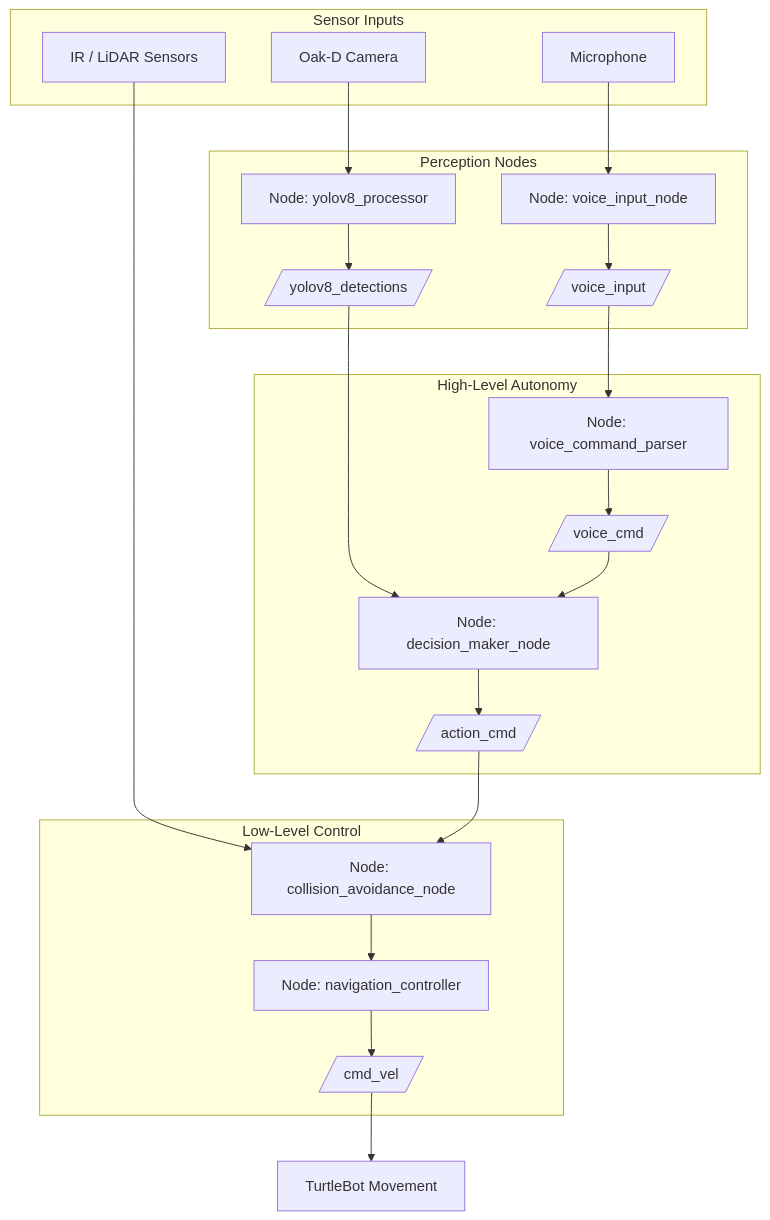
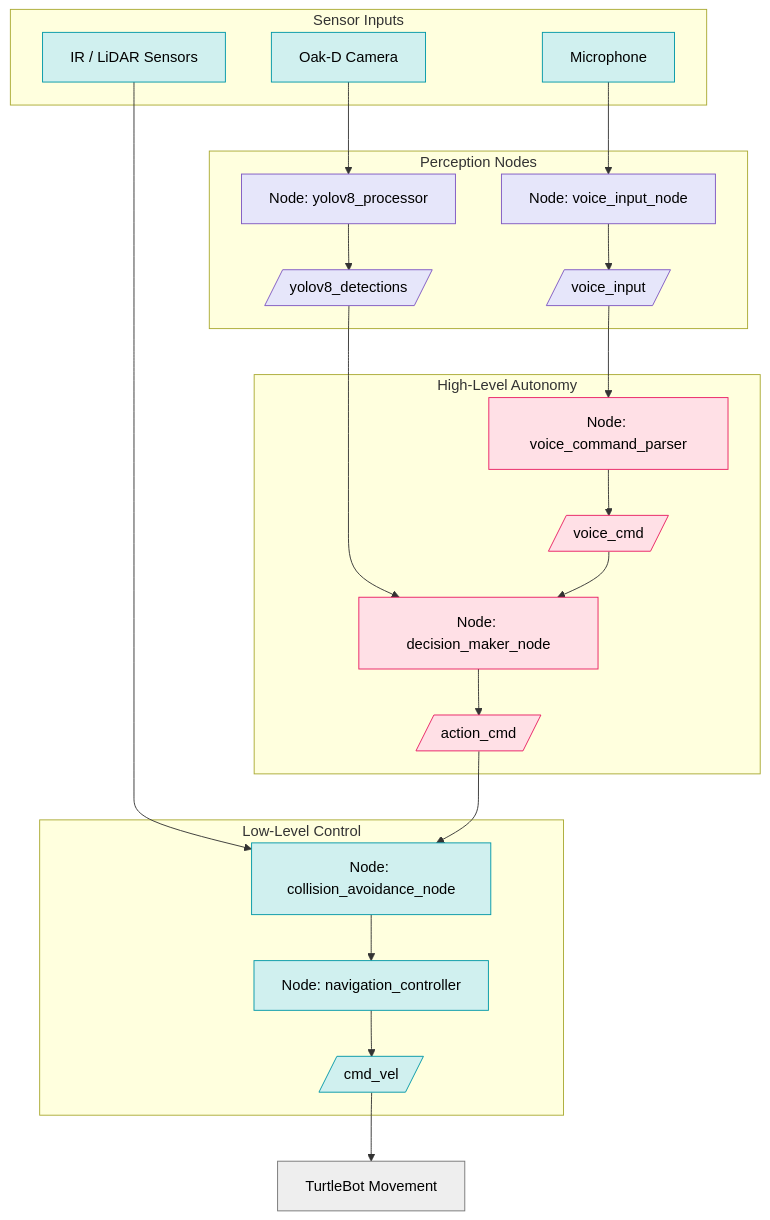
The second of 4 diagrams in docs/index.md (RAS598-2025-S-Team11/RAS598-2025-S-Team11.github.io), drawn with Mermaid before and after one commit. The commit also changed other lines of this file, not shown here.

Commit message:
added charts and discussions

````diff
--- a/docs/index.md
+++ b/docs/index.md
@@ -149,38 +229,55 @@
 ```mermaid
+%%{ init: { "theme": "default" } }%%
 graph TD
 
-  subgraph "Sensor Inputs"
+  %% Subgraphs
+  subgraph SENSORS ["Sensor Inputs"]
     CAM[Oak-D Camera]
     MIC[Microphone]
     LIDAR[IR / LiDAR Sensors]
   end
 
-  subgraph "Perception Nodes"
+  subgraph PERCEPTION ["Perception Nodes"]
     YOLO_NODE[Node: yolov8_processor]
     VOICE_NODE[Node: voice_input_node]
     DETECTIONS[/yolov8_detections/]
     VOICE_RAW[/voice_input/]
     CAM --> YOLO_NODE --> DETECTIONS
     MIC --> VOICE_NODE --> VOICE_RAW
   end
 
-  subgraph "High-Level Autonomy"
+  subgraph AUTONOMY ["High-Level Autonomy"]
     VOICE_PARSER[Node: voice_command_parser]
     VOICE_CMD[/voice_cmd/]
     DECISION[Node: decision_maker_node]
     ACT_CMD[/action_cmd/]
     VOICE_RAW --> VOICE_PARSER --> VOICE_CMD
     DETECTIONS --> DECISION
     VOICE_CMD --> DECISION --> ACT_CMD
   end
 
-  subgraph "Low-Level Control"
+  subgraph CONTROL ["Low-Level Control"]
     COLLISION[Node: collision_avoidance_node]
     NAV[Node: navigation_controller]
     CMD[/cmd_vel/]
     LIDAR --> COLLISION
     ACT_CMD --> COLLISION --> NAV --> CMD
   end
 
   CMD --> MOVE[TurtleBot Movement]
+
+  %% Color classes
+  classDef sensors fill:#d0f0ef,stroke:#0097a7,color:#000
+  classDef perception fill:#e6e6fa,stroke:#7e57c2,color:#000
+  classDef autonomy fill:#ffe0e6,stroke:#e91e63,color:#000
+  classDef control fill:#d0f0ef,stroke:#0097a7,color:#000
+  classDef output fill:#eeeeee,stroke:#757575,color:#000
+
+  %% Assign classes
+  class CAM,MIC,LIDAR sensors
+  class YOLO_NODE,VOICE_NODE,DETECTIONS,VOICE_RAW perception
+  class VOICE_PARSER,VOICE_CMD,DECISION,ACT_CMD autonomy
+  class COLLISION,NAV,CMD control
+  class MOVE output
+
 ```
````
